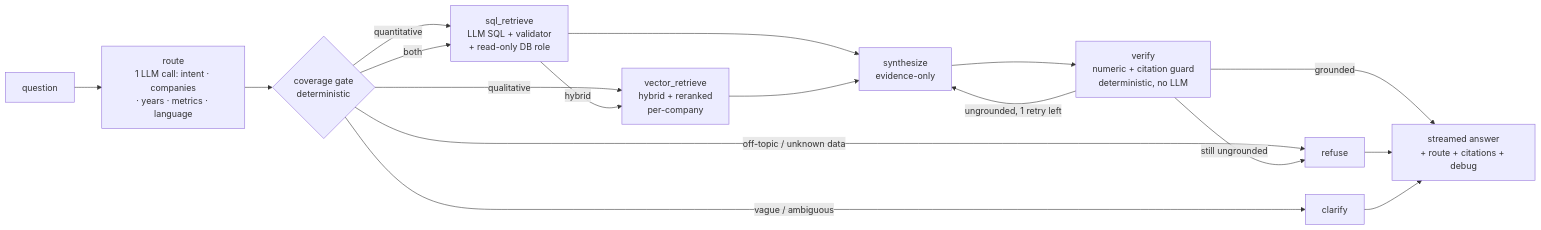
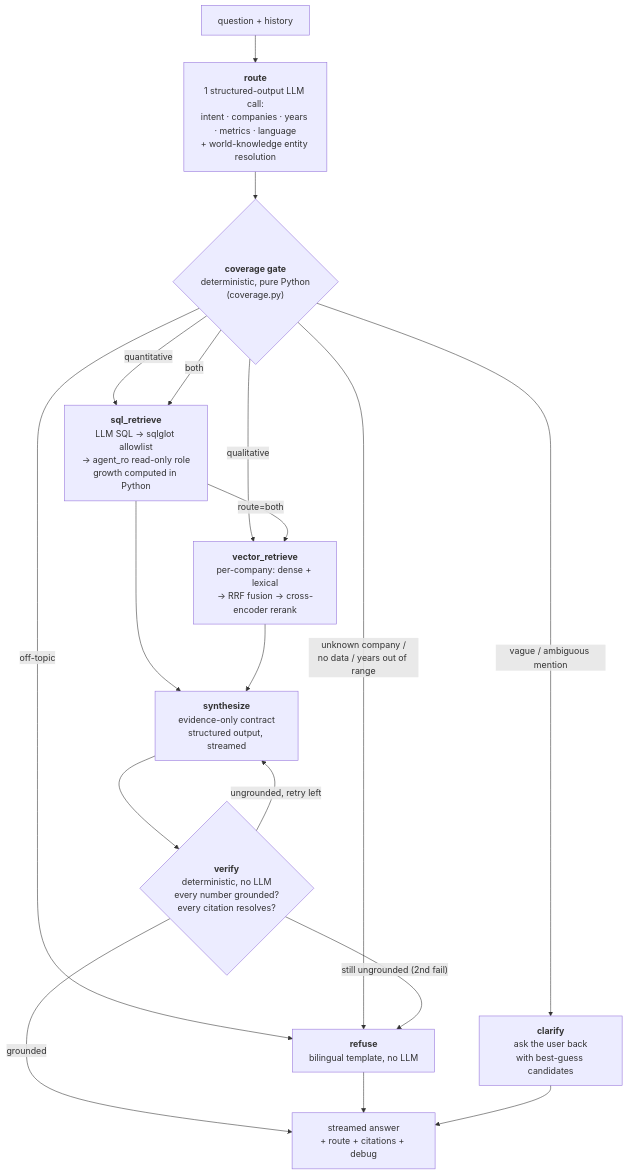
One commit to ougrid/smc-ai-eng changed the diagram in README.md. Above: the diagram before and after it, drawn with Mermaid. The commit also changed other lines of this file, not shown here.

````diff
--- a/README.md
+++ b/README.md
@@ -21,19 +90,20 @@
 ```mermaid
-flowchart LR
-    Q[question] --> R[route<br/>1 LLM call: intent · companies<br/>· years · metrics · language]
-    R --> G{coverage gate<br/>deterministic}
-    G -->|off-topic / unknown data| REF[refuse]
-    G -->|vague / ambiguous| CL[clarify]
-    G -->|quantitative| SQLT[sql_retrieve<br/>LLM SQL + validator<br/>+ read-only DB role]
-    G -->|qualitative| VEC[vector_retrieve<br/>hybrid + reranked<br/>per-company]
+flowchart TD
+    Q[question + history] --> R["<b>route</b><br/>1 structured-output LLM call:<br/>intent · companies · years · metrics · language<br/>+ world-knowledge entity resolution"]
+    R --> G{"<b>coverage gate</b><br/>deterministic, pure Python<br/>(coverage.py)"}
+    G -->|off-topic| REF["<b>refuse</b><br/>bilingual template, no LLM"]
+    G -->|"unknown company /<br/>no data / years out of range"| REF
+    G -->|"vague / ambiguous mention"| CL["<b>clarify</b><br/>ask the user back<br/>with best-guess candidates"]
+    G -->|quantitative| SQLT["<b>sql_retrieve</b><br/>LLM SQL → sqlglot allowlist<br/>→ agent_ro read-only role<br/>growth computed in Python"]
+    G -->|qualitative| VEC["<b>vector_retrieve</b><br/>per-company: dense + lexical<br/>→ RRF fusion → cross-encoder rerank"]
     G -->|both| SQLT
-    SQLT -->|hybrid| VEC
-    SQLT --> S[synthesize<br/>evidence-only]
+    SQLT -->|route=both| VEC
+    SQLT --> S["<b>synthesize</b><br/>evidence-only contract<br/>structured output, streamed"]
     VEC --> S
-    S --> V[verify<br/>numeric + citation guard<br/>deterministic, no LLM]
-    V -->|grounded| A[streamed answer<br/>+ route + citations + debug]
-    V -->|ungrounded, 1 retry left| S
-    V -->|still ungrounded| REF
+    S --> V{"<b>verify</b><br/>deterministic, no LLM<br/>every number grounded?<br/>every citation resolves?"}
+    V -->|grounded| A["streamed answer<br/>+ route + citations + debug"]
+    V -->|"ungrounded, retry left"| S
+    V -->|"still ungrounded (2nd fail)"| REF
     REF --> A
     CL --> A
 ```
````
